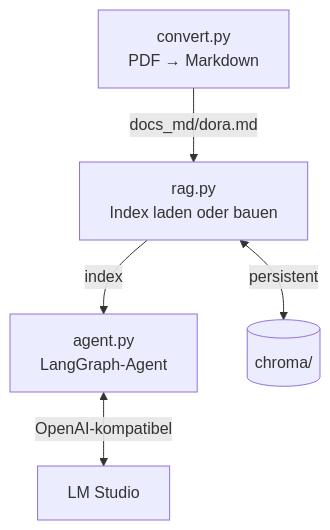
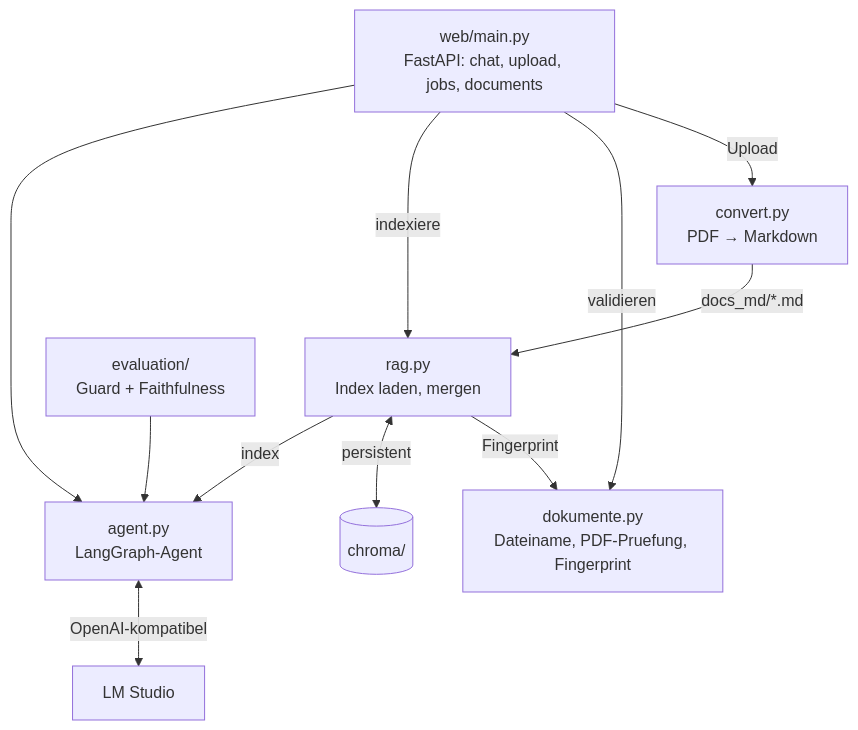
Before and after one commit to Gereon93/regRAG: the second of 5 diagrams in docs/arc42.md, drawn with Mermaid. The commit also changed other lines of this file and 15 other files, not shown here.

First line of the commit message:
Dokumenten-Upload über die Web-UI mit inkrementeller Re-Indexierung (schließt #4) (#14)

````diff
--- a/docs/arc42.md
+++ b/docs/arc42.md
@@ -89,7 +95,13 @@
 ```mermaid
 graph TD
-    C[convert.py<br/>PDF → Markdown] -->|docs_md/dora.md| I
-    I[rag.py<br/>Index laden oder bauen] -->|index| A[agent.py<br/>LangGraph-Agent]
+    W[web/main.py<br/>FastAPI: chat, upload, jobs, documents] --> A
+    W -->|indexiere| I
+    W -->|validieren| DK[dokumente.py<br/>Dateiname, PDF-Pruefung, Fingerprint]
+    C[convert.py<br/>PDF → Markdown] -->|docs_md/*.md| I
+    W -->|Upload| C
+    I[rag.py<br/>Index laden, mergen] -->|index| A[agent.py<br/>LangGraph-Agent]
     I <-->|persistent| DB[(chroma/)]
+    I -->|Fingerprint| DK
     A <-->|OpenAI-kompatibel| LLM[LM Studio]
+    EV[evaluation/<br/>Guard + Faithfulness] --> A
 ```
````
